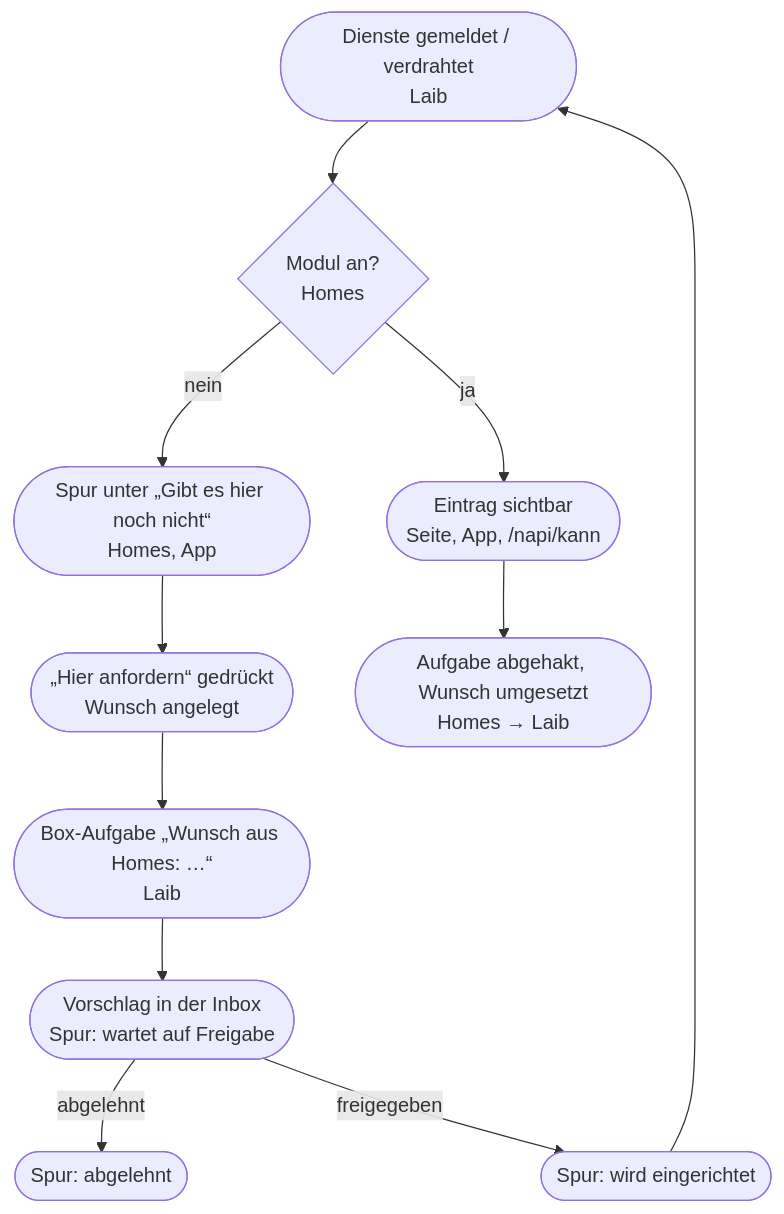
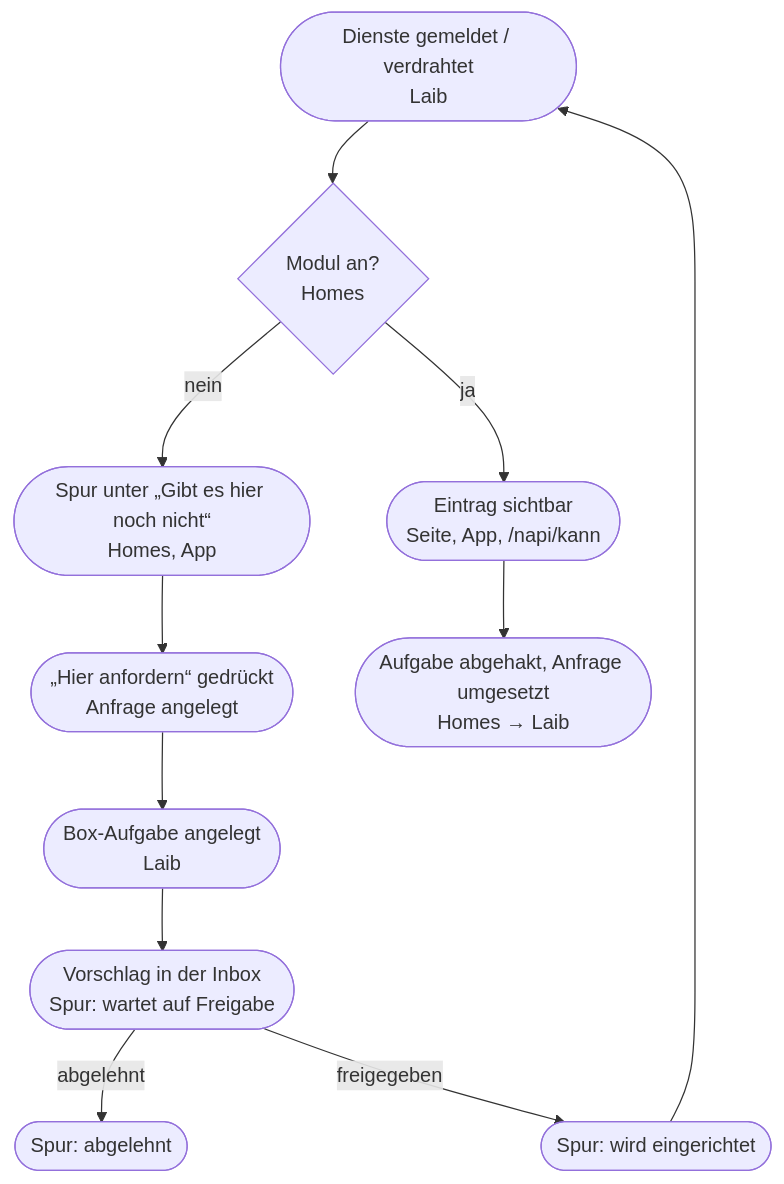
One commit to mdopp/haus changed the seventh of 7 diagrams in docs/DOMAIN.md. Above: the diagram before and after it, drawn with Mermaid. The commit also changed other lines of this file and 9 other files, not shown here.

````diff
--- a/docs/DOMAIN.md
+++ b/docs/DOMAIN.md
@@ -236,13 +237,13 @@
 ```mermaid
 flowchart TD
   e1(["Dienste gemeldet / verdrahtet<br/>Laib"]) --> e2{"Modul an?<br/>Homes"}
   e2 -- "ja" --> e3(["Eintrag sichtbar<br/>Seite, App, /napi/kann"])
   e2 -- "nein" --> e4(["Spur unter „Gibt es hier noch nicht“<br/>Homes, App"])
-  e4 --> e5(["„Hier anfordern“ gedrückt<br/>Wunsch angelegt"])
-  e5 --> e6(["Box-Aufgabe „Wunsch aus Homes: …“<br/>Laib"])
+  e4 --> e5(["„Hier anfordern“ gedrückt<br/>Anfrage angelegt"])
+  e5 --> e6(["Box-Aufgabe angelegt<br/>Laib"])
   e6 --> e7(["Vorschlag in der Inbox<br/>Spur: wartet auf Freigabe"])
   e7 -- "abgelehnt" --> e8(["Spur: abgelehnt"])
   e7 -- "freigegeben" --> e9(["Spur: wird eingerichtet"])
   e9 --> e1
-  e3 --> e10(["Aufgabe abgehakt, Wunsch umgesetzt<br/>Homes → Laib"])
+  e3 --> e10(["Aufgabe abgehakt, Anfrage umgesetzt<br/>Homes → Laib"])
 ```
````
